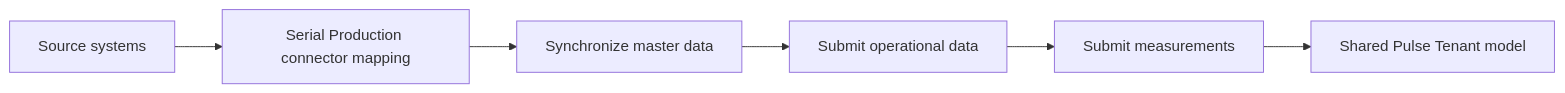
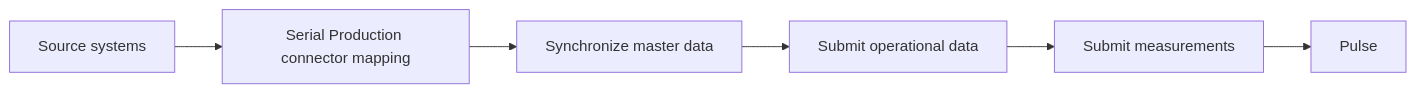
The diagram in docs/connector-models/serial-production/index.md (Tom-PIT/TomPIT.Pulse.Connector), drawn with Mermaid before and after one commit. The commit also changed 16 other files, not shown here.

````diff
--- a/docs/connector-models/serial-production/index.md
+++ b/docs/connector-models/serial-production/index.md
@@ -11,8 +11,8 @@
 ```mermaid
 graph LR
   A[Source systems] --> B[Serial Production connector mapping]
   B --> C[Synchronize master data]
   C --> D[Submit operational data]
   D --> E[Submit measurements]
-  E --> F[Shared Pulse Tenant model]
+  E --> F[Pulse]
 ```
````
